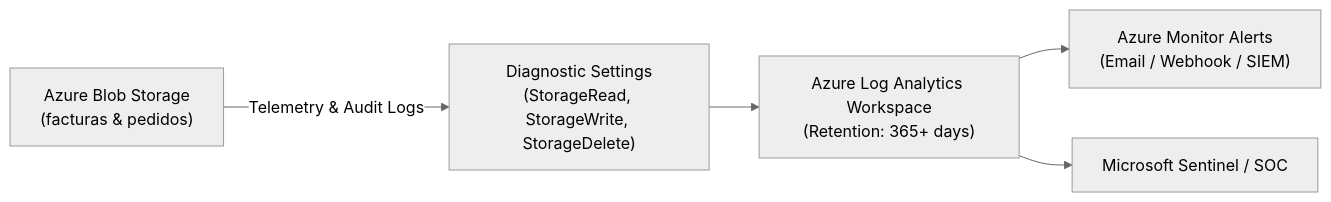
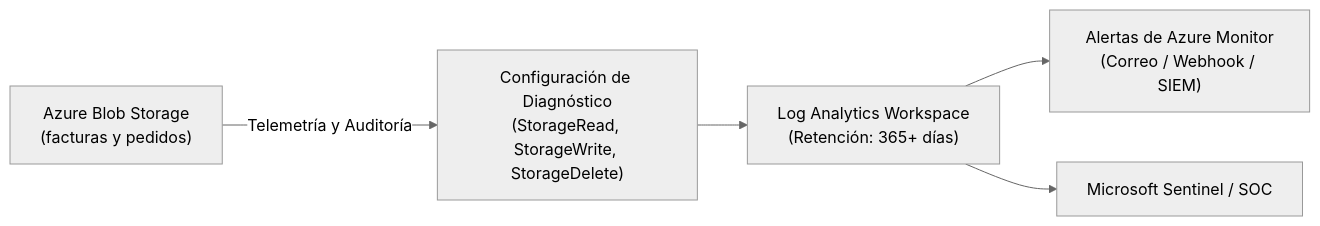
One commit to nubenetes/azure-storage-erp-compliance-iac changed the diagram in docs/AUDITING_AND_MONITORING.md. Above: the diagram before and after it, drawn with Mermaid (neutral theme). The commit also changed other lines of this file and 7 other files, not shown here.

````diff
--- a/docs/AUDITING_AND_MONITORING.md
+++ b/docs/AUDITING_AND_MONITORING.md
@@ -9,13 +9,13 @@
 ```mermaid
 flowchart LR
-    Blob["Azure Blob Storage\n(facturas & pedidos)"]
-    Diag["Diagnostic Settings\n(StorageRead, StorageWrite, StorageDelete)"]
-    LAW["Azure Log Analytics Workspace\n(Retention: 365+ days)"]
-    Alerts["Azure Monitor Alerts\n(Email / Webhook / SIEM)"]
+    Blob["Azure Blob Storage<br/>(facturas y pedidos)"]
+    Diag["Configuración de Diagnóstico<br/>(StorageRead, StorageWrite, StorageDelete)"]
+    LAW["Log Analytics Workspace<br/>(Retención: 365+ días)"]
+    Alerts["Alertas de Azure Monitor<br/>(Correo / Webhook / SIEM)"]
     Sentinel["Microsoft Sentinel / SOC"]
 
-    Blob -->|Telemetry & Audit Logs| Diag
+    Blob -->|"Telemetría y Auditoría"| Diag
     Diag --> LAW
     LAW --> Alerts
     LAW --> Sentinel
 ```
````
